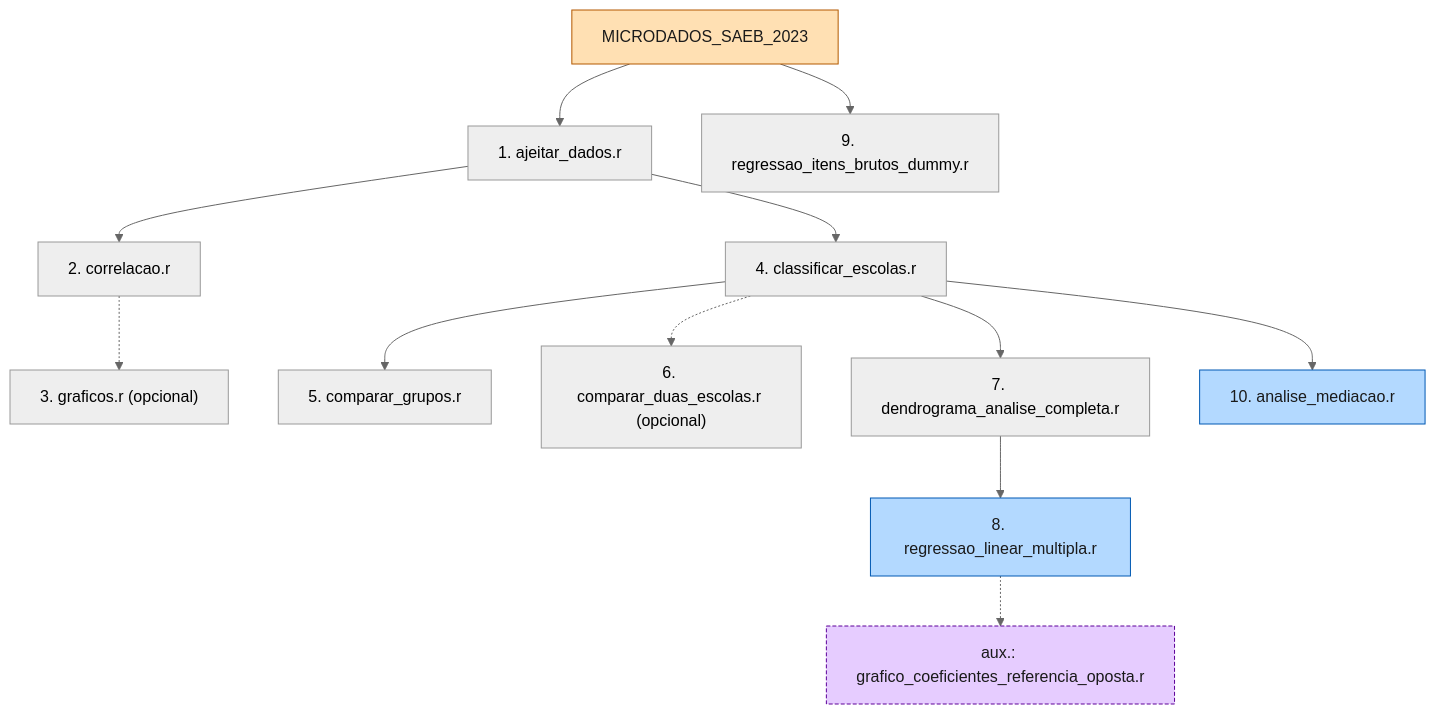
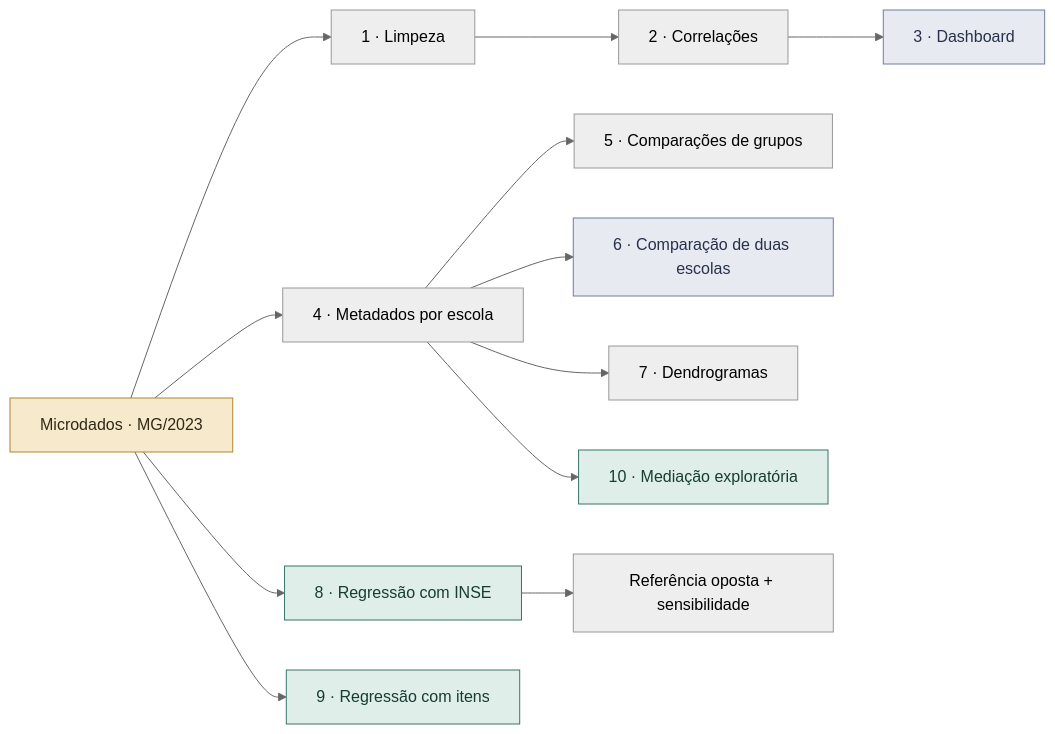
Before and after one commit to lcaruzo007/tcc: the diagram in README.md, drawn with Mermaid (neutral theme). The commit also changed other lines of this file and 36 other files, not shown here.

````diff
--- a/README.md
+++ b/README.md
@@ -213,23 +125,21 @@
 ```mermaid
-graph TD
-    D["MICRODADOS_SAEB_2023"] --> P1["1. ajeitar_dados.r"]
-    P1 --> P2["2. correlacao.r"]
-    P2 -.-> P3["3. graficos.r (opcional)"]
-    P1 --> P4["4. classificar_escolas.r"]
-    P4 --> P5["5. comparar_grupos.r"]
-    P4 -.-> P6["6. comparar_duas_escolas.r (opcional)"]
-    P4 --> P7["7. dendrograma_analise_completa.r"]
-    P7 --> P8["8. regressao_linear_multipla.r"]
-    D --> P9["9. regressao_itens_brutos_dummy.r"]
-    P4 --> P10["10. analise_mediacao.r"]
-    P8 -.-> AUX["aux.: grafico_coeficientes_referencia_oposta.r"]
+flowchart LR
+    CSV["Microdados · MG/2023"] --> P1["1 · Limpeza"]
+    P1 --> P2["2 · Correlações"]
+    P2 --> P3["3 · Dashboard"]
+    CSV --> P4["4 · Metadados por escola"]
+    P4 --> P5["5 · Comparações de grupos"]
+    P4 --> P6["6 · Comparação de duas escolas"]
+    P4 --> P7["7 · Dendrogramas"]
+    P4 --> P10["10 · Mediação exploratória"]
+    CSV --> P8["8 · Regressão com INSE"]
+    CSV --> P9["9 · Regressão com itens"]
+    P8 --> AUX["Referência oposta + sensibilidade"]
 
-    classDef origem fill:#ffe0b3,stroke:#b35900,color:#1a1a1a
-    classDef destaque fill:#b3d9ff,stroke:#0059b3,color:#1a1a1a
-    classDef auxiliar fill:#e6ccff,stroke:#5c0099,stroke-dasharray: 4 2,color:#1a1a1a
-
-    class D origem
-    class P8 destaque
-    class P10 destaque
-    class AUX auxiliar
+    classDef dados fill:#F6E9CC,stroke:#B18532,color:#302916
+    classDef modelos fill:#DFEEE9,stroke:#397568,color:#173D33
+    classDef manual fill:#E8EAF2,stroke:#717D9C,color:#28314B
+    class CSV dados
+    class P8,P9,P10 modelos
+    class P3,P6 manual
 ```
````
